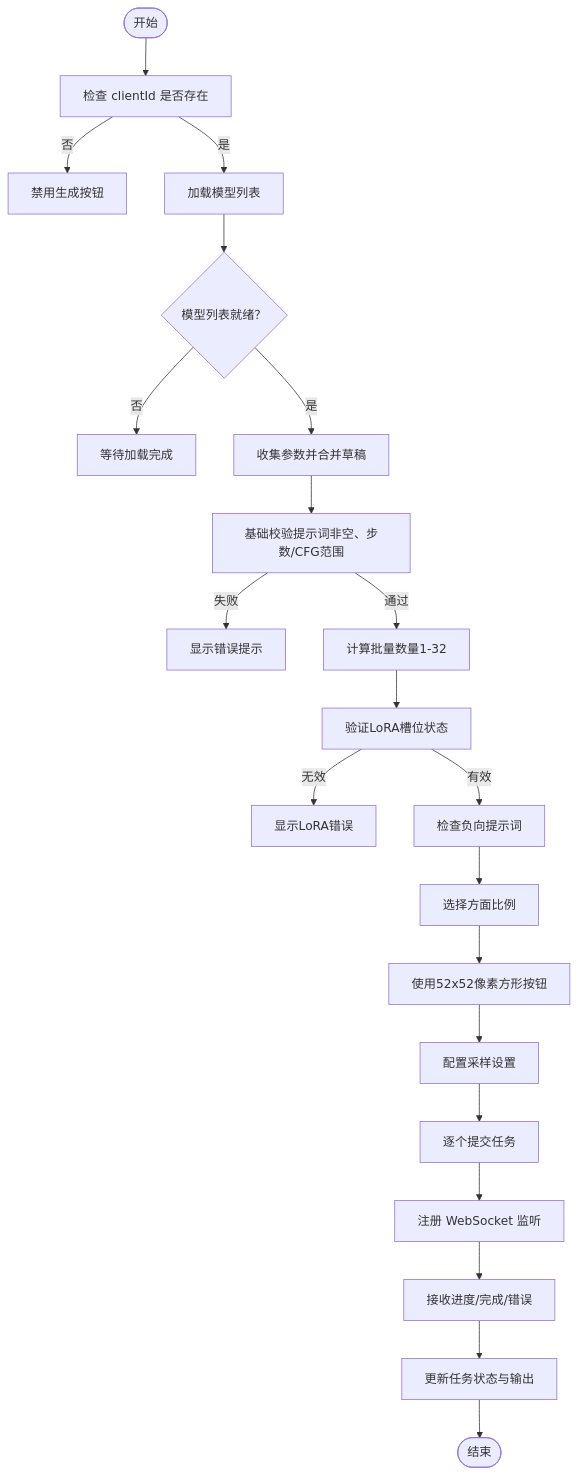
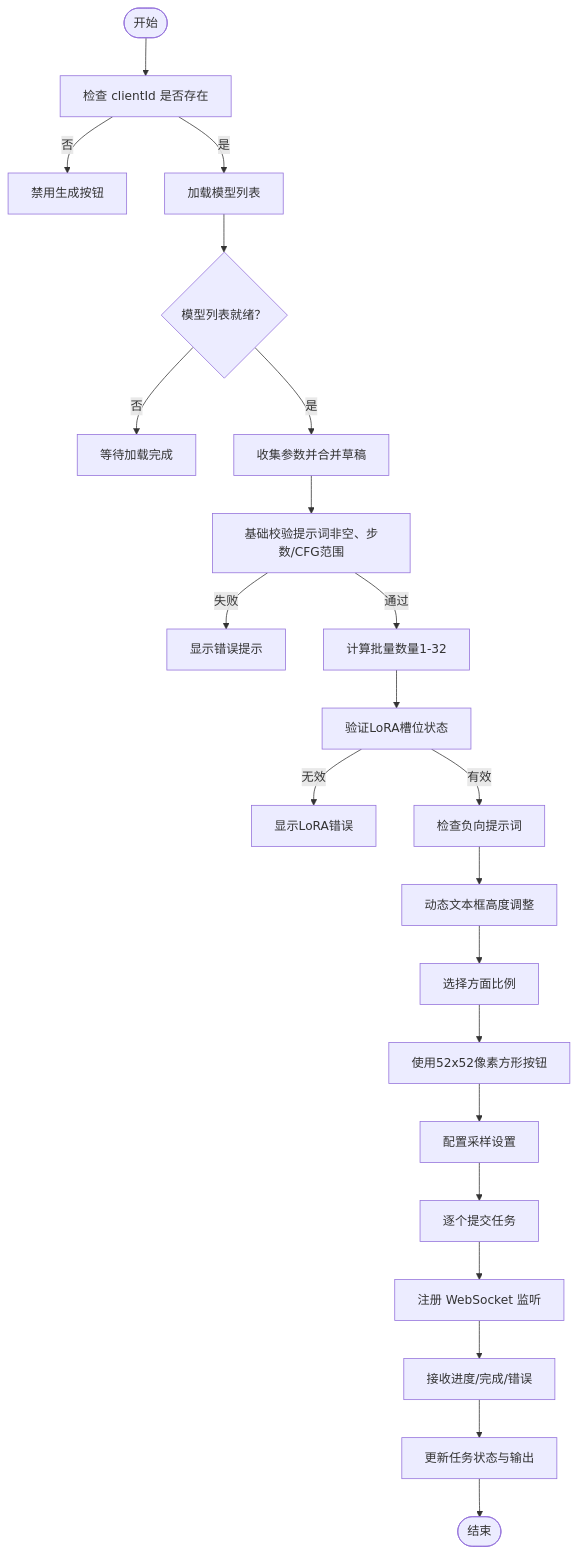
Before and after one commit to billye220670/CorineKit_Pix2Real: the fourth of 4 diagrams in .qoder/repowiki/zh/content/用户界面组件/控制面板组件/文本到图像侧边栏/文本到图像侧边栏.md, drawn with Mermaid. The commit also changed other lines of this file and 73 other files, not shown here.

````diff
--- a/.qoder/repowiki/zh/content/用户界面组件/控制面板组件/文本到图像侧边栏/文本到图像侧边栏.md
+++ b/.qoder/repowiki/zh/content/用户界面组件/控制面板组件/文本到图像侧边栏/文本到图像侧边栏.md
@@ -728,23 +787,24 @@
 ```mermaid
 flowchart TD
 Start(["开始"]) --> CheckClient["检查 clientId 是否存在"]
 CheckClient --> |否| Disable["禁用生成按钮"]
 CheckClient --> |是| LoadModels["加载模型列表"]
 LoadModels --> ModelsReady{"模型列表就绪？"}
 ModelsReady --> |否| Wait["等待加载完成"]
 ModelsReady --> |是| Collect["收集参数并合并草稿"]
 Collect --> Validate["基础校验提示词非空、步数/CFG范围"]
 Validate --> |失败| ShowError["显示错误提示"]
 Validate --> |通过| Batch["计算批量数量1-32"]
 Batch --> LoRAValidation["验证LoRA槽位状态"]
 LoRAValidation --> |无效| ShowLORAError["显示LoRA错误"]
 LoRAValidation --> |有效| NegativePrompt["检查负向提示词"]
-NegativePrompt --> RatioSelection["选择方面比例"]
+NegativePrompt --> HeightAdjustment["动态文本框高度调整"]
+HeightAdjustment --> RatioSelection["选择方面比例"]
 RatioSelection --> SquareButton["使用52x52像素方形按钮"]
 SquareButton --> SamplerSettings["配置采样设置"]
 SamplerSettings --> Submit["逐个提交任务"]
 Submit --> Register["注册 WebSocket 监听"]
 Register --> Progress["接收进度/完成/错误"]
 Progress --> Update["更新任务状态与输出"]
 Update --> End(["结束"])
 ```
````
